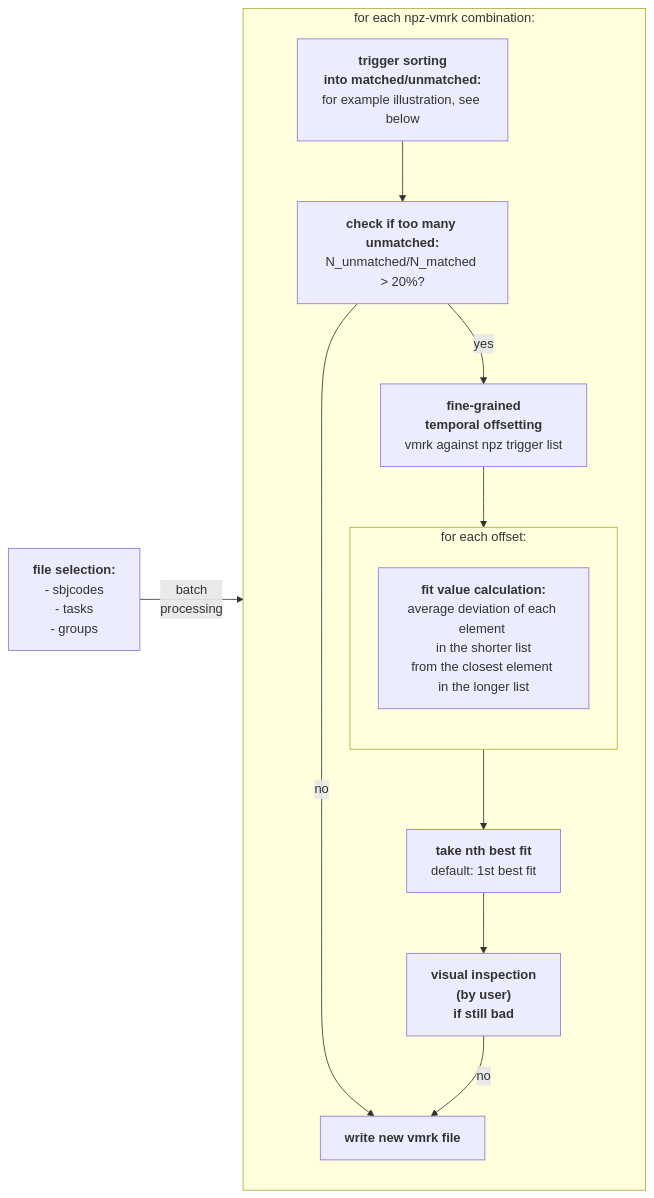
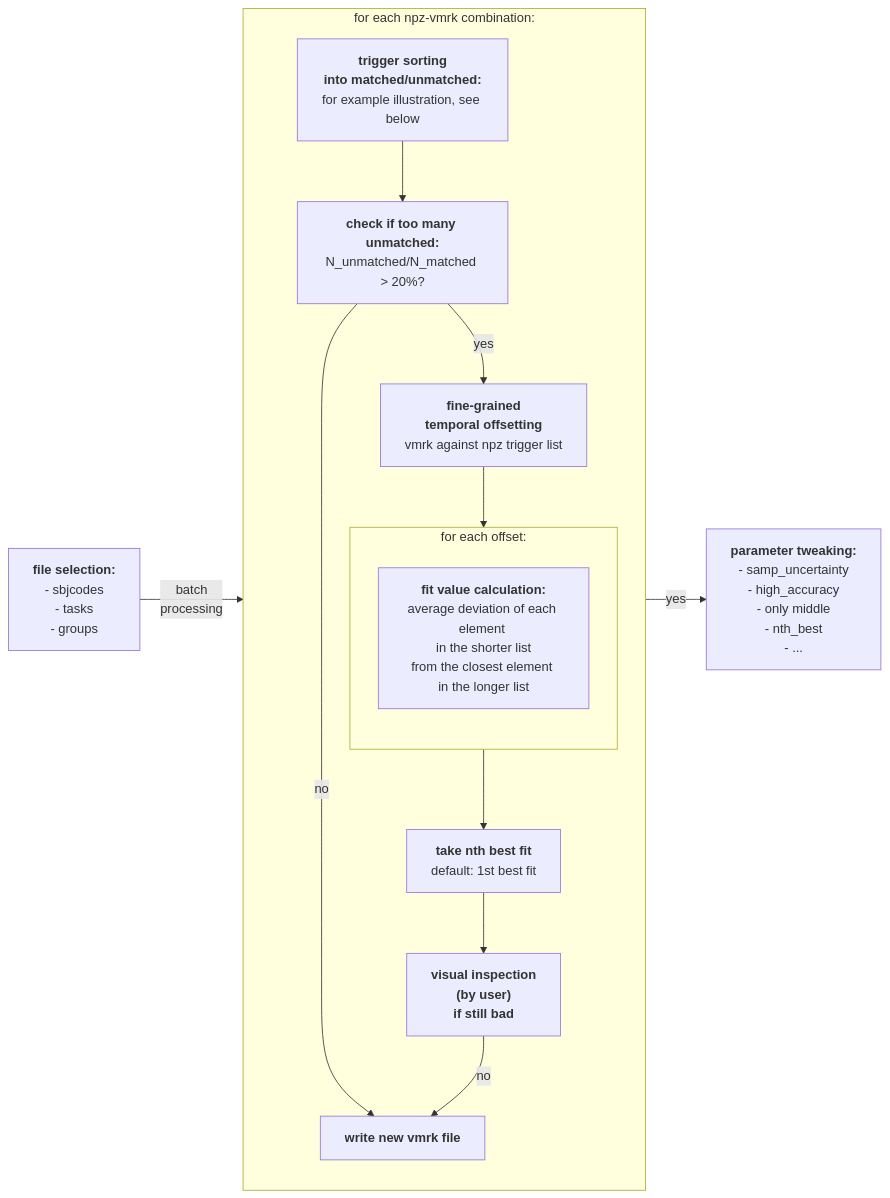
One commit to neuro-dream/Trigger-Fix changed the diagram in README.md. Above: the diagram before and after it, drawn with Mermaid.

````diff
--- a/README.md
+++ b/README.md
@@ -6,32 +6,34 @@
 ```mermaid
 %% (function: <a href='https://github.com/neurodream/Trigger-Fix/blob/main/trigfix/trigger_compare_functions.py#L92'>apply_fix</a>)
 
 graph LR;
     A["<b>file selection:</b><br>- sbjcodes<br> - tasks<br> - groups"]
     B["<b>trigger sorting<br>into matched/unmatched:</b><br>for example illustration, see below"]
     C["<b>check if too many unmatched:</b><br>N_unmatched/N_matched > 20%?"]
     D["<b>fine-grained <br>temporal offsetting</b><br>vmrk against npz trigger list"]
     E["<b>fit value calculation:</b><br>average deviation of each element <br> in the shorter list <br>from the closest element <br>in the longer list"]
     F["<b>take nth best fit</b><br>default: 1st best fit"]
     G["<b>write new vmrk file</b>"]
     H["<b>visual inspection <br>(by user) <br>if still bad</b>"]
+    I["<b>parameter tweaking:</b><br>- samp_uncertainty<br>- high_accuracy<br>- only middle<br>- nth_best<br>- ..."]
 
 subgraph for_each_file_comb["for each npz-vmrk combination:"]
     direction TB
     B-->C;
     C-->|no|G;
     C-->|yes|D;
     subgraph for_each_offset["for each offset:"]
         direction TB
         E
     end
     D-->for_each_offset;
     for_each_offset-->F;
     F-->H;
     %% for_each_file_comb -- "until<br>all files<br>processed" --> for_each_file_comb;
     %% G--"until<br>all files<br>processed" --> for_each_file_comb;
     H-->|no|G;
 end
 
 A--"batch <br>processing"-->for_each_file_comb;
+H-->|yes|I;
 ```
````
